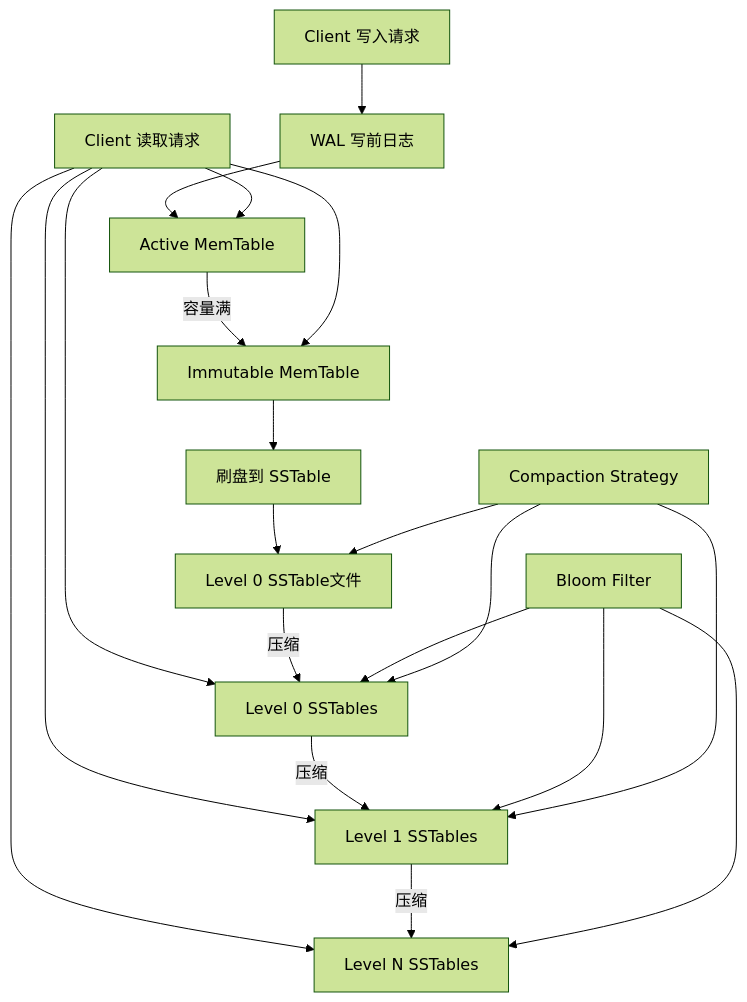
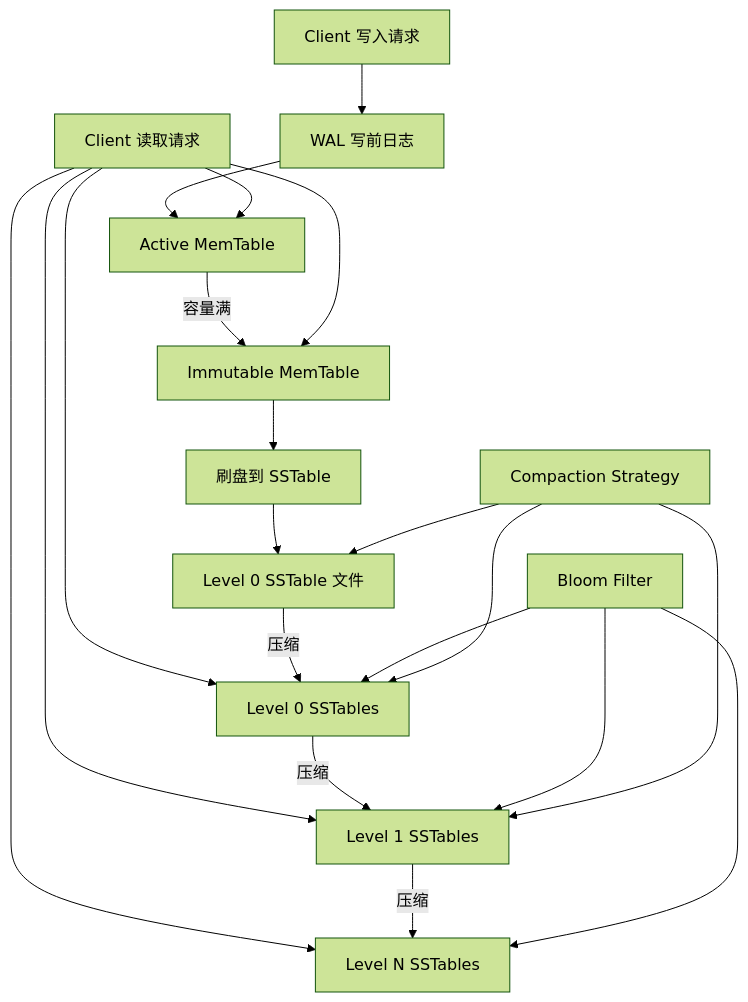
Before and after one commit to ForceInjection/java-lsm-tree: the first of 3 diagrams in tutorials/01-lsm-tree-overview.md, drawn with Mermaid (forest theme). The commit also changed other lines of this file and 33 other files, not shown here.

````diff
--- a/tutorials/01-lsm-tree-overview.md
+++ b/tutorials/01-lsm-tree-overview.md
@@ -44,26 +46,26 @@
 ```mermaid
 graph TD
     A[Client 写入请求] --> B[WAL 写前日志]
     B --> C[Active MemTable]
     C -->|容量满| D[Immutable MemTable]
     D --> E[刷盘到 SSTable]
-    E --> F[Level 0 SSTable文件]
-    
+    E --> F[Level 0 SSTable 文件]
+
     G[Client 读取请求] --> C
     G --> D
     G --> H[Level 0 SSTables]
     G --> I[Level 1 SSTables]
     G --> J[Level N SSTables]
-    
+
     F -->|压缩| H
     H -->|压缩| I
     I -->|压缩| J
-    
+
     K[Bloom Filter] --> H
     K --> I
     K --> J
-    
+
     L[Compaction Strategy] --> F
     L --> H
     L --> I
 ```
````
